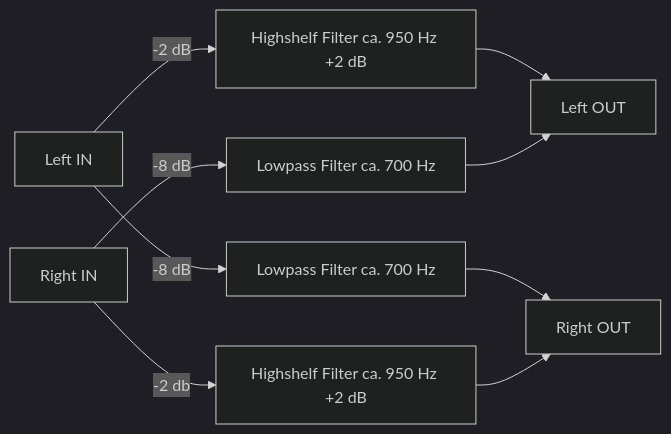
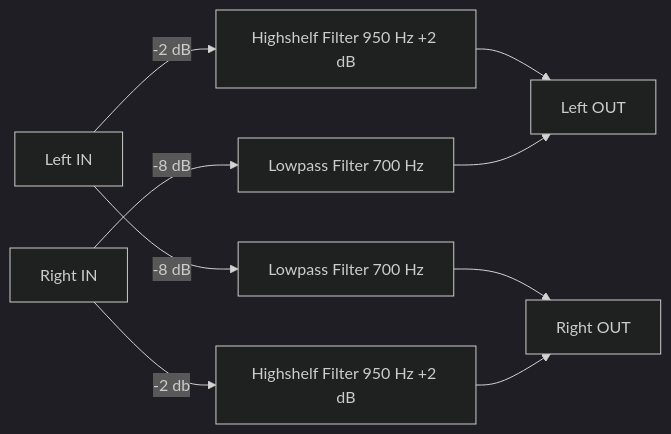
Before and after one commit to Ebert-Hanke/autoeq2camilladsp: the second of 3 diagrams in readme.md, drawn with Mermaid (dark theme). The commit also changed other lines of this file, not shown here.

````diff
--- a/readme.md
+++ b/readme.md
@@ -39,7 +39,7 @@
 ```mermaid
 graph LR
-A[Left IN]-- -2 dB --> G[Highshelf Filter ca. 950 Hz +2 dB]--> B[Left OUT]
-A -- -8 dB --> E[Lowpass Filter ca. 700 Hz] --> D
-C[Right IN]-- -2 db -->H[Highshelf Filter ca. 950 Hz +2 dB]-->D[Right OUT]
-C -- -8 dB --> F[Lowpass Filter ca. 700 Hz] -->B
+A[Left IN]-- -2 dB --> G[Highshelf Filter 950 Hz +2 dB]--> B[Left OUT]
+A -- -8 dB --> E[Lowpass Filter 700 Hz] --> D
+C[Right IN]-- -2 db -->H[Highshelf Filter 950 Hz +2 dB]-->D[Right OUT]
+C -- -8 dB --> F[Lowpass Filter 700 Hz] -->B
 ```
````
